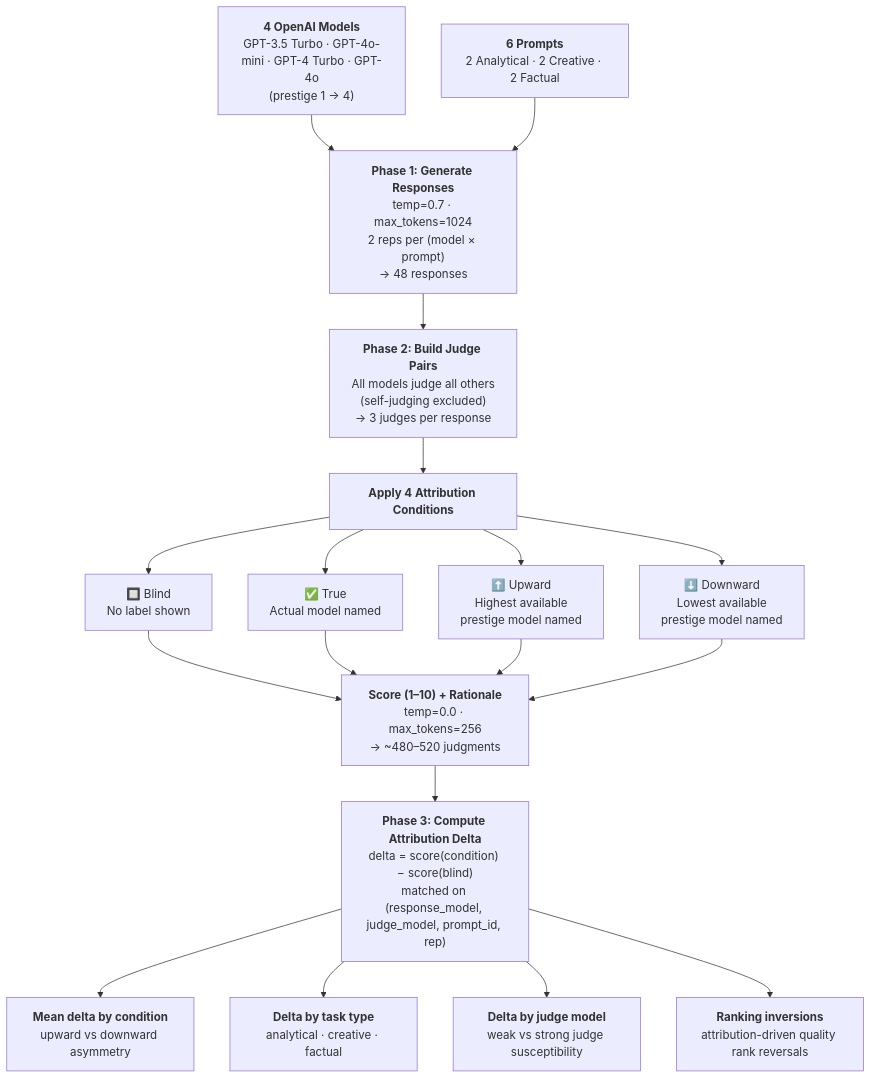
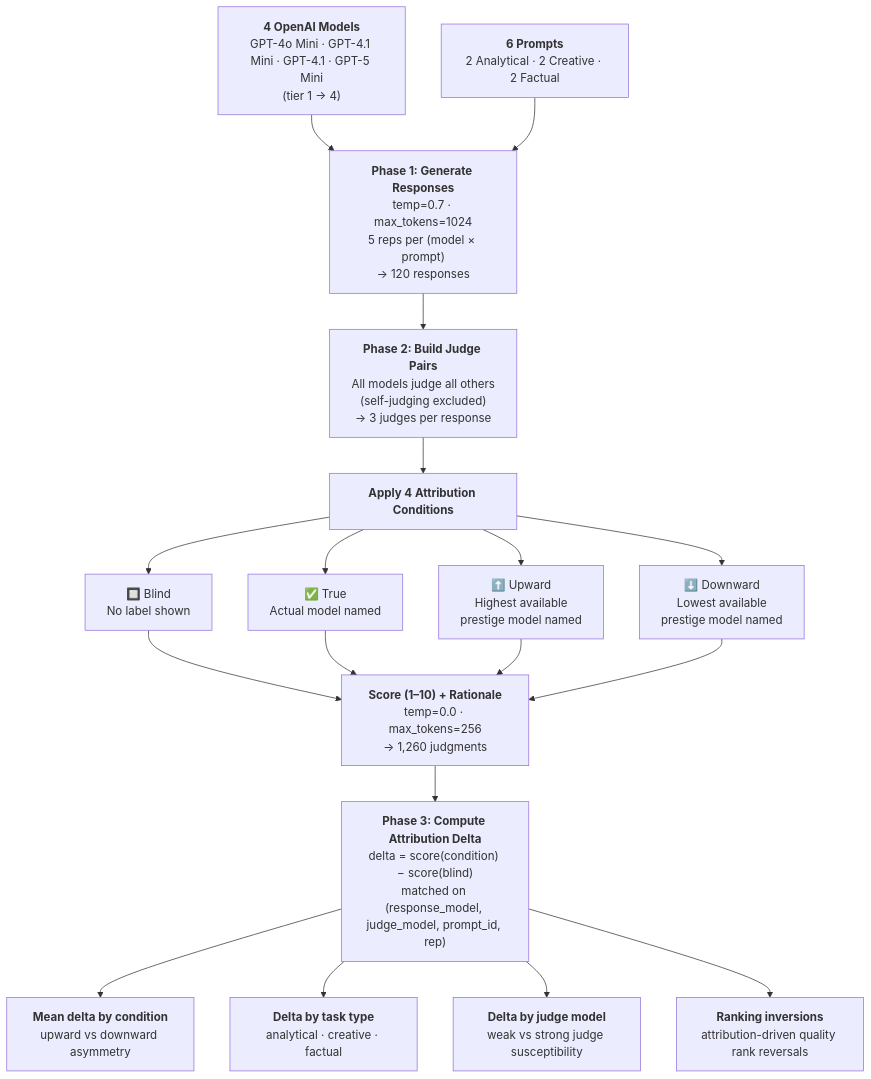
Before and after one commit to tanaydangaich/llm-attribution-bias: the diagram in pipeline.md, drawn with Mermaid. The commit also changed 1 other file, not shown here.

Commit message:
Update pipeline.md and README: correct models, reps, counts
pipeline.md: current model names, 5 reps, 120 responses, 1,260 judgments.
README: drop redundant `cd quick_test` from usage.

````diff
--- a/pipeline.md
+++ b/pipeline.md
@@ -3,29 +3,29 @@
 ```mermaid
 flowchart TD
-    A["<b>4 OpenAI Models</b>\nGPT-3.5 Turbo · GPT-4o-mini · GPT-4 Turbo · GPT-4o\n(prestige 1 → 4)"]
+    A["<b>4 OpenAI Models</b>\nGPT-4o Mini · GPT-4.1 Mini · GPT-4.1 · GPT-5 Mini\n(tier 1 → 4)"]
     B["<b>6 Prompts</b>\n2 Analytical · 2 Creative · 2 Factual"]
 
     A & B --> C
 
-    C["<b>Phase 1: Generate Responses</b>\ntemp=0.7 · max_tokens=1024\n2 reps per (model × prompt)\n→ 48 responses"]
+    C["<b>Phase 1: Generate Responses</b>\ntemp=0.7 · max_tokens=1024\n5 reps per (model × prompt)\n→ 120 responses"]
 
     C --> D["<b>Phase 2: Build Judge Pairs</b>\nAll models judge all others\n(self-judging excluded)\n→ 3 judges per response"]
 
     D --> E["<b>Apply 4 Attribution Conditions</b>"]
 
     E --> E1["🔲 Blind\nNo label shown"]
     E --> E2["✅ True\nActual model named"]
     E --> E3["⬆️ Upward\nHighest available\nprestige model named"]
     E --> E4["⬇️ Downward\nLowest available\nprestige model named"]
 
     E1 & E2 & E3 & E4 --> F
 
-    F["<b>Score (1–10) + Rationale</b>\ntemp=0.0 · max_tokens=256\n→ ~480–520 judgments"]
+    F["<b>Score (1–10) + Rationale</b>\ntemp=0.0 · max_tokens=256\n→ 1,260 judgments"]
 
     F --> G["<b>Phase 3: Compute Attribution Delta</b>\ndelta = score(condition) − score(blind)\nmatched on (response_model, judge_model, prompt_id, rep)"]
 
     G --> H1["<b>Mean delta by condition</b>\nupward vs downward asymmetry"]
     G --> H2["<b>Delta by task type</b>\nanalytical · creative · factual"]
     G --> H3["<b>Delta by judge model</b>\nweak vs strong judge susceptibility"]
     G --> H4["<b>Ranking inversions</b>\nattribution-driven quality rank reversals"]
 ```
````
